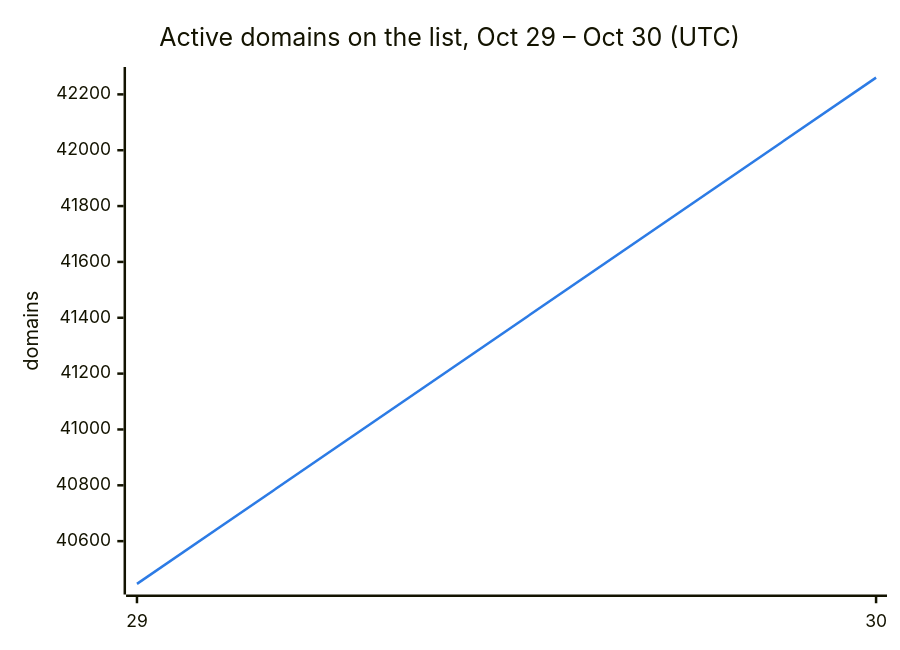
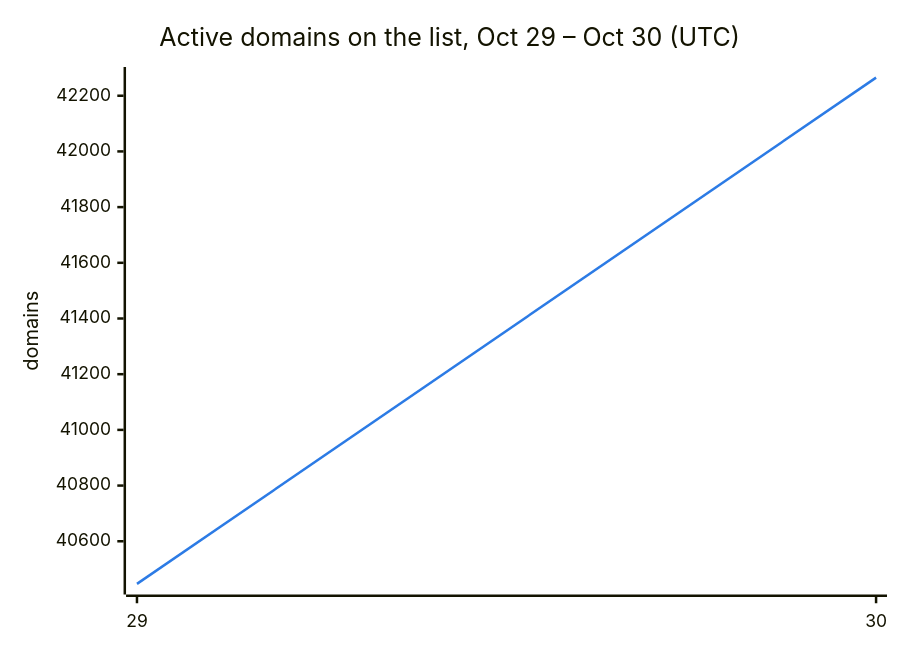
One commit to DNSBunker/CTI changed the second of 3 diagrams in README.md. Above: the diagram before and after it, drawn with Mermaid. The commit also changed other lines of this file and 3 other files, not shown here.

````diff
--- a/README.md
+++ b/README.md
@@ -38,8 +38,8 @@
 ```mermaid
 %%{init: {"themeVariables": {"xyChart": {"plotColorPalette": "#2c7be5"}}}}%%
 xychart-beta
     title "Active domains on the list, Oct 29 – Oct 30 (UTC)"
     x-axis ["29", "30"]
     y-axis "domains"
-    line [40447, 42260]
+    line [40447, 42265]
 ```
````
